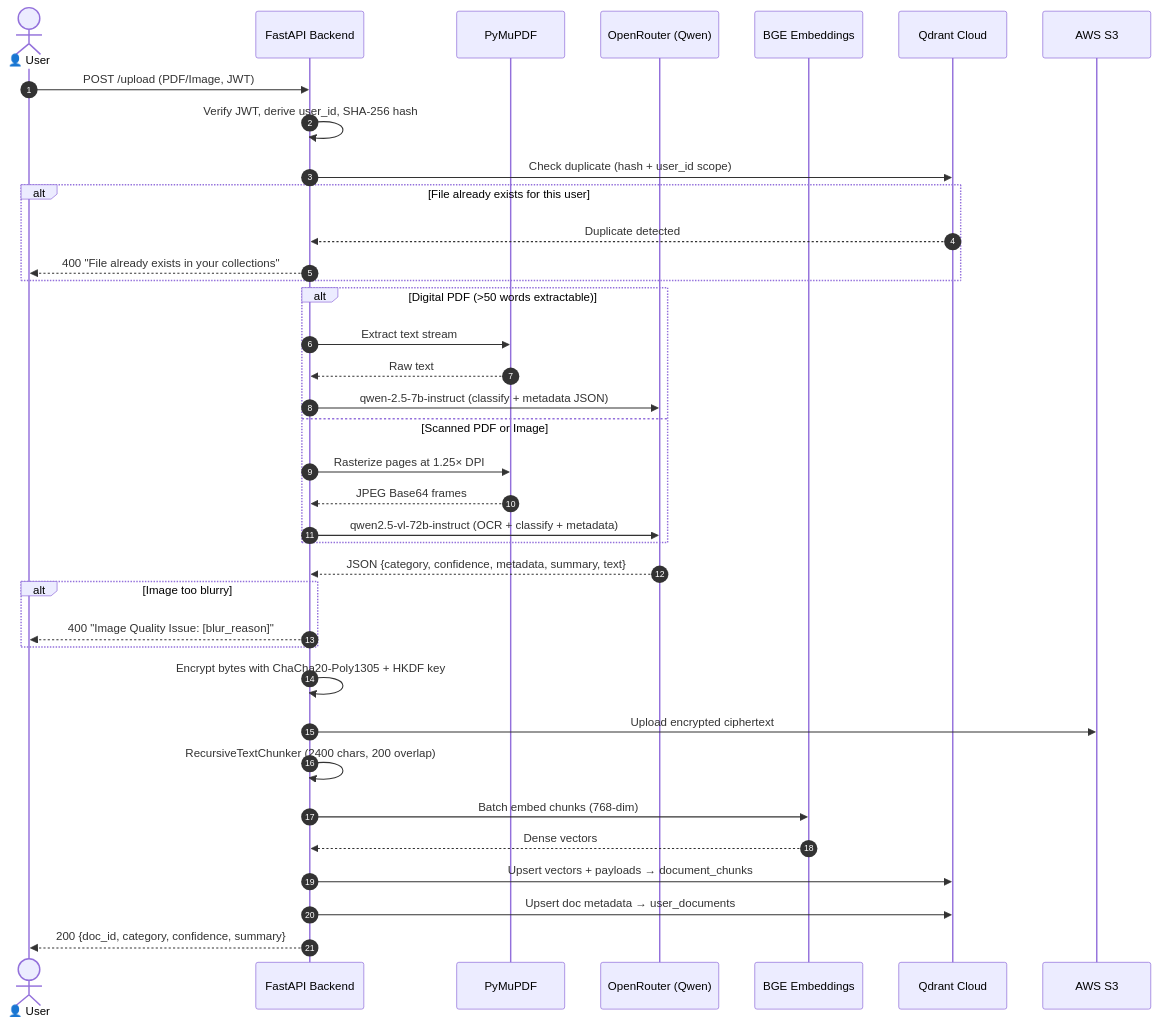
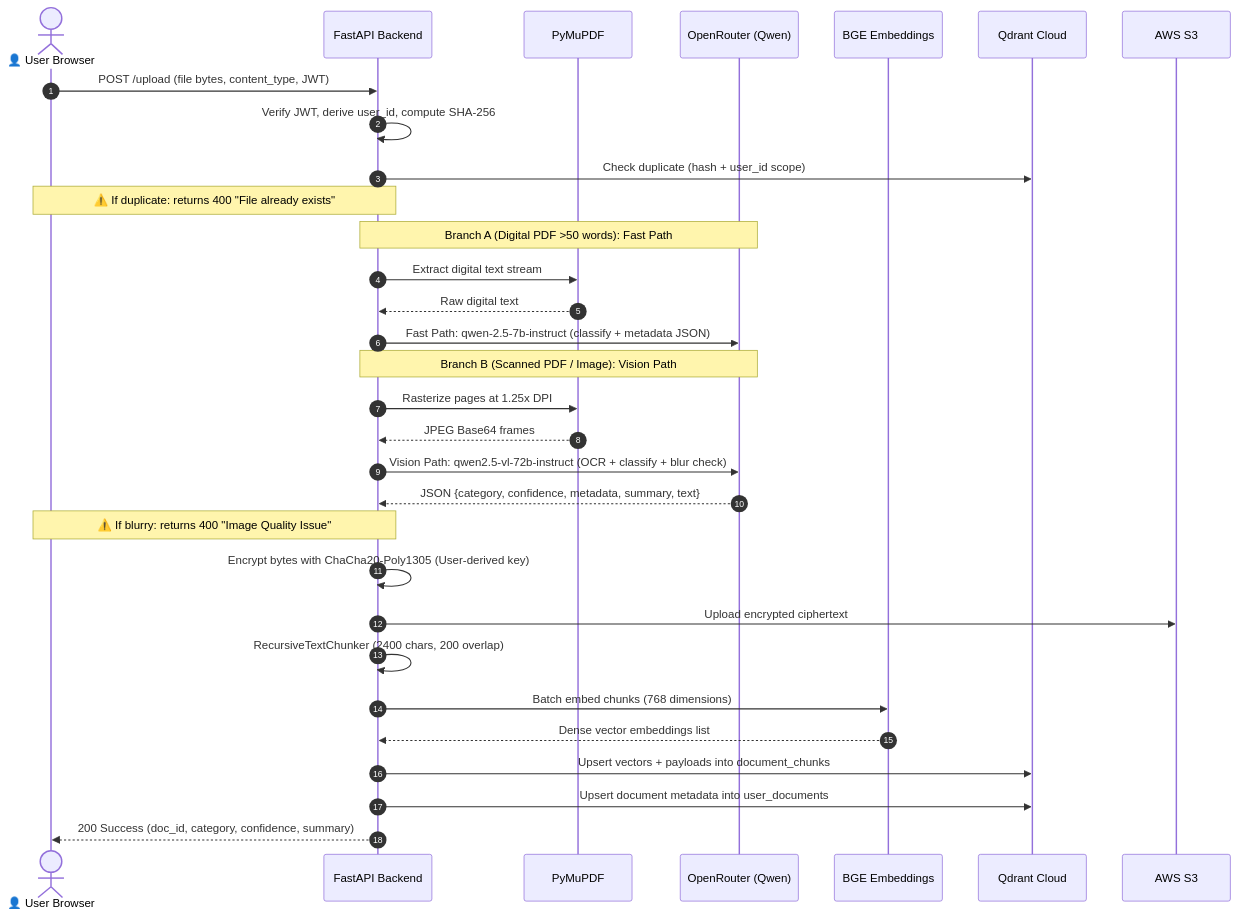
The third of 5 diagrams in README.md (DevShah-09/DocuMind), drawn with Mermaid before and after one commit. The commit also changed other lines of this file, not shown here.

Commit message:
docs: replace alt blocks in Mermaid ingestion diagram with clean flowchart and notes; update Rishi Shah profile link

````diff
--- a/README.md
+++ b/README.md
@@ -117,45 +145,40 @@
 ```mermaid
 sequenceDiagram
     autonumber
-    actor User as 👤 User
+    actor User as 👤 User Browser
     participant API as FastAPI Backend
     participant Fitz as PyMuPDF
     participant LLM as OpenRouter (Qwen)
     participant BGE as BGE Embeddings
     participant Qdrant as Qdrant Cloud
     participant S3 as AWS S3
 
-    User->>API: POST /upload (PDF/Image, JWT)
-    API->>API: Verify JWT, derive user_id, SHA-256 hash
+    User->>API: POST /upload (file bytes, content_type, JWT)
+    API->>API: Verify JWT, derive user_id, compute SHA-256
     API->>Qdrant: Check duplicate (hash + user_id scope)
 
-    alt File already exists for this user
-        Qdrant-->>API: Duplicate detected
-        API-->>User: 400 "File already exists in your collections"
-    end
+    Note over API,User: ⚠️ If duplicate: returns 400 "File already exists"
 
-    alt Digital PDF (>50 words extractable)
-        API->>Fitz: Extract text stream
-        Fitz-->>API: Raw text
-        API->>LLM: qwen-2.5-7b-instruct (classify + metadata JSON)
-    else Scanned PDF or Image
-        API->>Fitz: Rasterize pages at 1.25× DPI
-        Fitz-->>API: JPEG Base64 frames
-        API->>LLM: qwen2.5-vl-72b-instruct (OCR + classify + metadata)
-    end
+    Note over API,LLM: Branch A (Digital PDF >50 words): Fast Path
+    API->>Fitz: Extract digital text stream
+    Fitz-->>API: Raw digital text
+    API->>LLM: Fast Path: qwen-2.5-7b-instruct (classify + metadata JSON)
+
+    Note over API,LLM: Branch B (Scanned PDF / Image): Vision Path
+    API->>Fitz: Rasterize pages at 1.25x DPI
+    Fitz-->>API: JPEG Base64 frames
+    API->>LLM: Vision Path: qwen2.5-vl-72b-instruct (OCR + classify + blur check)
 
     LLM-->>API: JSON {category, confidence, metadata, summary, text}
 
-    alt Image too blurry
-        API-->>User: 400 "Image Quality Issue: [blur_reason]"
-    end
+    Note over API,User: ⚠️ If blurry: returns 400 "Image Quality Issue"
 
-    API->>API: Encrypt bytes with ChaCha20-Poly1305 + HKDF key
+    API->>API: Encrypt bytes with ChaCha20-Poly1305 (User-derived key)
     API->>S3: Upload encrypted ciphertext
     API->>API: RecursiveTextChunker (2400 chars, 200 overlap)
-    API->>BGE: Batch embed chunks (768-dim)
-    BGE-->>API: Dense vectors
-    API->>Qdrant: Upsert vectors + payloads → document_chunks
-    API->>Qdrant: Upsert doc metadata → user_documents
-    API-->>User: 200 {doc_id, category, confidence, summary}
+    API->>BGE: Batch embed chunks (768 dimensions)
+    BGE-->>API: Dense vector embeddings list
+    API->>Qdrant: Upsert vectors + payloads into document_chunks
+    API->>Qdrant: Upsert document metadata into user_documents
+    API-->>User: 200 Success (doc_id, category, confidence, summary)
 ```
````
